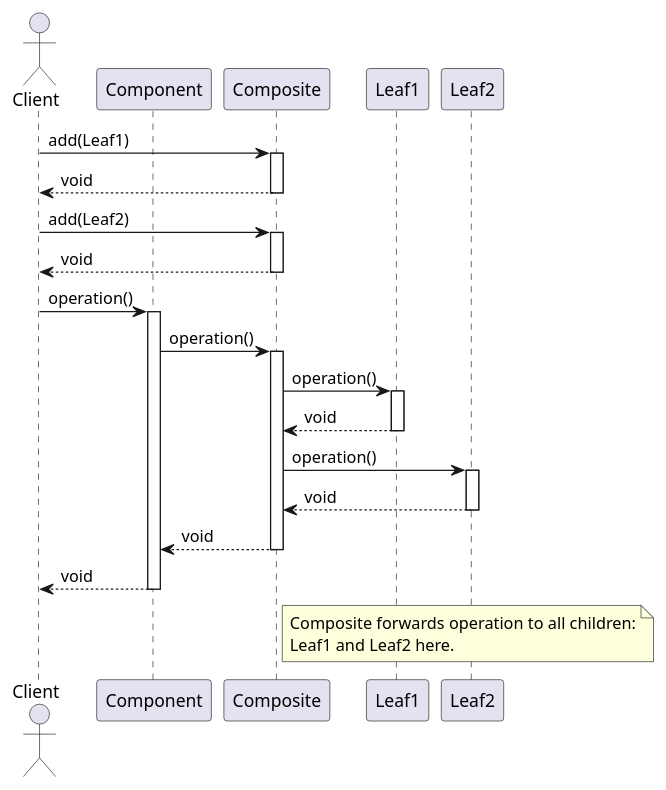
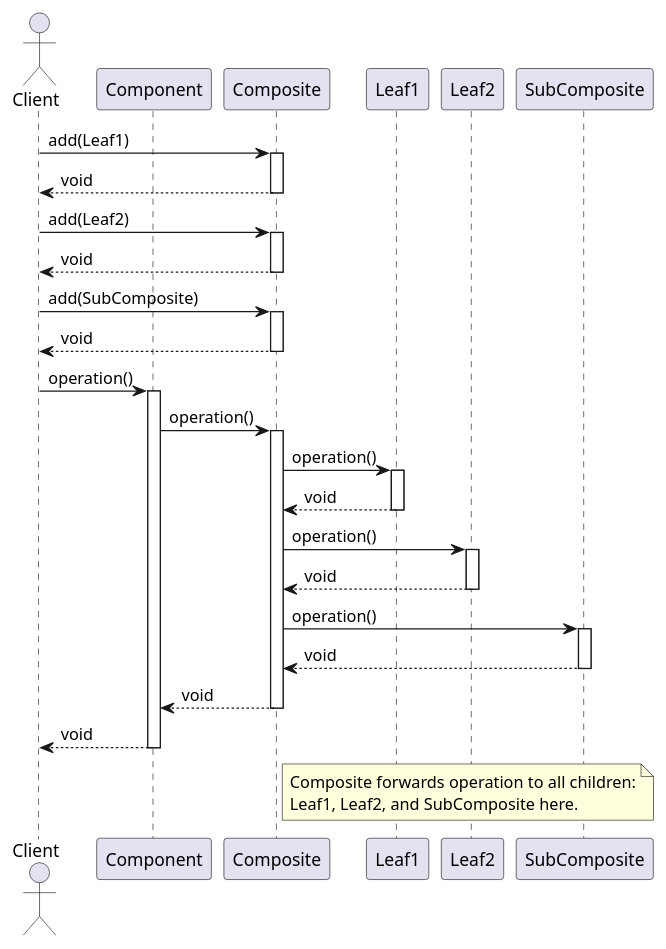
Before and after one commit to Gabriel-SoftwareAG/DesignPatterns: the diagram in Patterns/Manuscript/manuscript/plantUml/composite_sequence_diagram.plantuml, drawn with PlantUML. The commit also changed 17 other files, not shown here.

```diff
--- a/Patterns/Manuscript/manuscript/plantUml/composite_sequence_diagram.plantuml
+++ b/Patterns/Manuscript/manuscript/plantUml/composite_sequence_diagram.plantuml
@@ -1,45 +1,56 @@
 @startuml CompositePatternSequenceDiagram
 
 actor Client
 participant "Component" as Component
 participant "Composite" as Composite
 participant "Leaf1" as Leaf1
 participant "Leaf2" as Leaf2
+participant "SubComposite" as SubComposite
 
 Client -> Composite : add(Leaf1)
 activate Composite
 Composite --> Client : void
 deactivate Composite
 
 Client -> Composite : add(Leaf2)
+activate Composite
+Composite --> Client : void
+deactivate Composite
+
+Client -> Composite : add(SubComposite)
 activate Composite
 Composite --> Client : void
 deactivate Composite
 
 Client -> Component : operation()
 activate Component
 
 Component -> Composite : operation()
 activate Composite
 Composite -> Leaf1 : operation()
 activate Leaf1
 Leaf1 --> Composite : void
 deactivate Leaf1
 
 Composite -> Leaf2 : operation()
 activate Leaf2
 Leaf2 --> Composite : void
 deactivate Leaf2
 
+Composite -> SubComposite : operation()
+activate SubComposite
+SubComposite --> Composite : void
+deactivate SubComposite
+
 Composite --> Component : void
 deactivate Composite
 
 Component --> Client : void
 deactivate Component
 
 note right of Composite
   Composite forwards operation to all children:
-  Leaf1 and Leaf2 here.
+  Leaf1, Leaf2, and SubComposite here.
 end note
 
 @enduml
```
